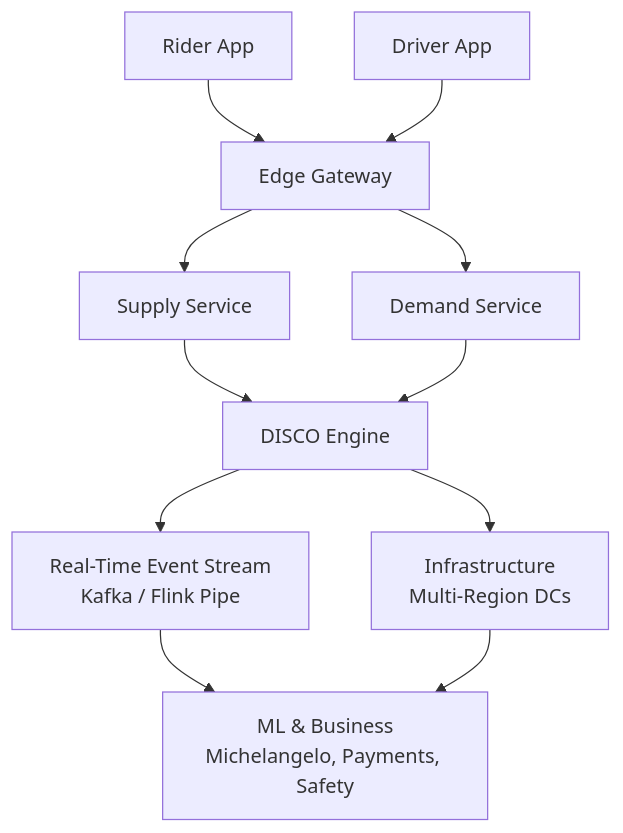
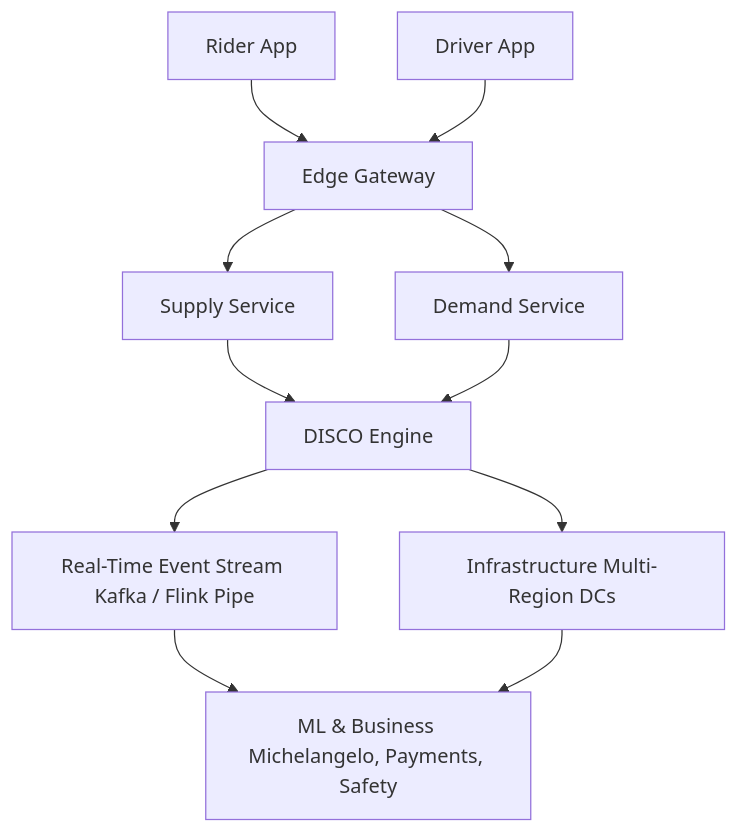
Before and after one commit to Chandra179/atlas: the first of 16 diagrams in blog/astro/src/content/docs/uber-architecture.md, drawn with Mermaid. The commit also changed other lines of this file and 1 other file, not shown here.

````diff
--- a/blog/astro/src/content/docs/uber-architecture.md
+++ b/blog/astro/src/content/docs/uber-architecture.md
@@ -24,15 +24,15 @@
 ```mermaid
 graph TB
     RC["Rider App"]
     DC["Driver App"]
     RC --> EG[Edge Gateway]
     DC --> EG
     EG --> SS[Supply Service]
     EG --> DS[Demand Service]
     SS --> DE[DISCO Engine]
     DS --> DE
-    DE --> RTE[Real-Time Event Stream<br/>Kafka / Flink Pipe]
-    DE --> INF[Infrastructure<br/>Multi-Region DCs]
-    RTE --> MLB[ML & Business<br/>Michelangelo, Payments, Safety]
+    DE --> RTE[Real-Time Event Stream Kafka / Flink Pipe]
+    DE --> INF[Infrastructure Multi-Region DCs]
+    RTE --> MLB[ML & Business Michelangelo, Payments, Safety]
     INF --> MLB
 ```
````
